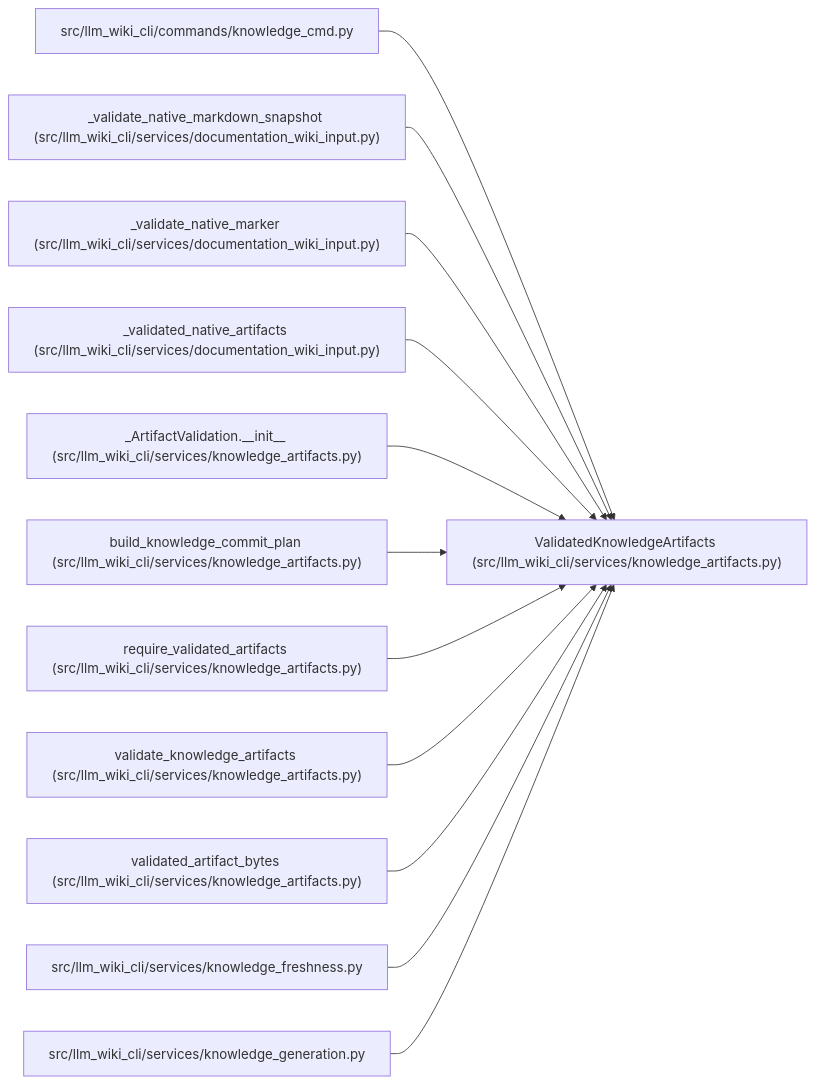
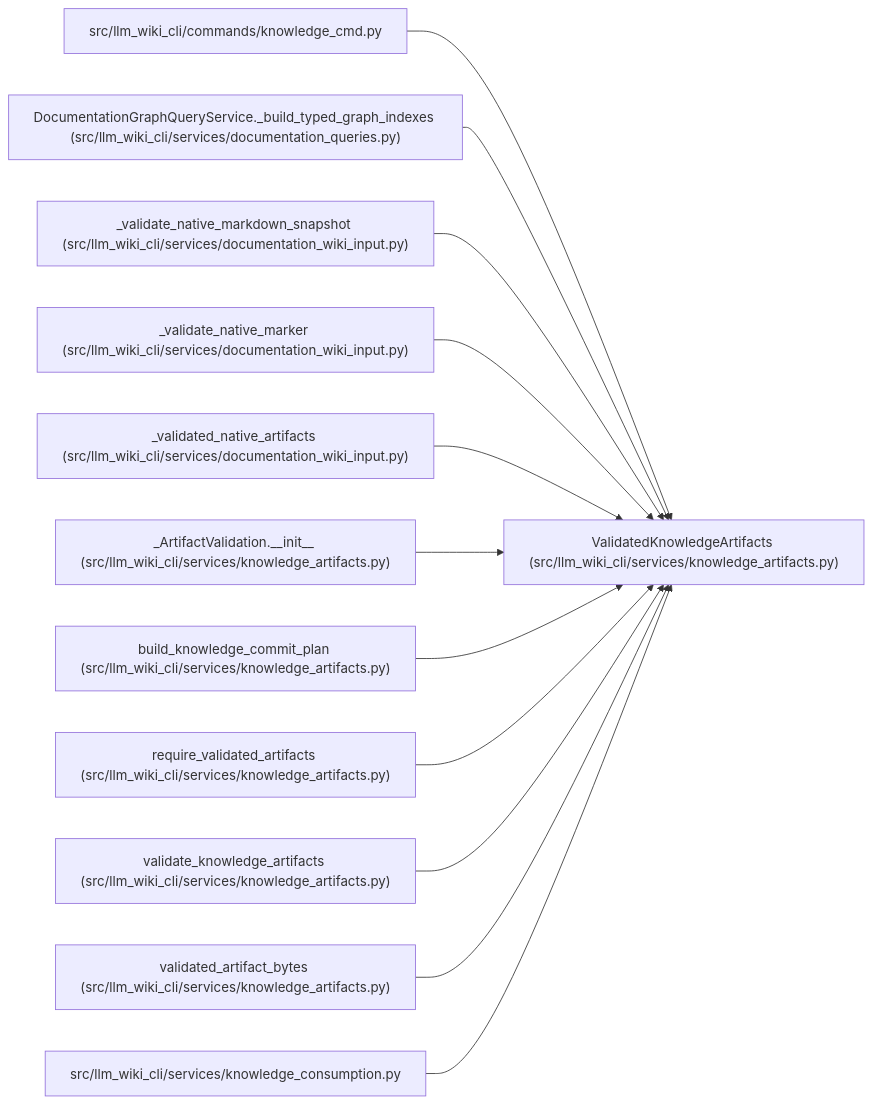
The diagram in docs/llm_wiki/entities/ValidatedKnowledgeArtifacts.md (Denissvgn/python-wiki-llm), drawn with Mermaid before and after one commit. The commit also changed other lines of this file and 363 other files, not shown here.

Commit message:
docs: refresh wiki for validated snapshot query reuse

````diff
--- a/docs/llm_wiki/entities/ValidatedKnowledgeArtifacts.md
+++ b/docs/llm_wiki/entities/ValidatedKnowledgeArtifacts.md
@@ -35,38 +36,38 @@
 ```mermaid
 flowchart LR
     n0["ValidatedKnowledgeArtifacts (src/llm_wiki_cli/services/knowledge_artifacts.py)"]
     n1["src/llm_wiki_cli/commands/knowledge_cmd.py"]
-    n2["_validate_native_markdown_snapshot (src/llm_wiki_cli/services/documentation_wiki_input.py)"]
-    n3["_validate_native_marker (src/llm_wiki_cli/services/documentation_wiki_input.py)"]
-    n4["_validated_native_artifacts (src/llm_wiki_cli/services/documentation_wiki_input.py)"]
-    n5["_ArtifactValidation.__init__ (src/llm_wiki_cli/services/knowledge_artifacts.py)"]
-    n6["build_knowledge_commit_plan (src/llm_wiki_cli/services/knowledge_artifacts.py)"]
-    n7["require_validated_artifacts (src/llm_wiki_cli/services/knowledge_artifacts.py)"]
-    n8["validate_knowledge_artifacts (src/llm_wiki_cli/services/knowledge_artifacts.py)"]
-    n9["validated_artifact_bytes (src/llm_wiki_cli/services/knowledge_artifacts.py)"]
-    n10["src/llm_wiki_cli/services/knowledge_freshness.py"]
-    n11["src/llm_wiki_cli/services/knowledge_generation.py"]
+    n2["DocumentationGraphQueryService._build_typed_graph_indexes (src/llm_wiki_cli/services/documentation_queries.py)"]
+    n3["_validate_native_markdown_snapshot (src/llm_wiki_cli/services/documentation_wiki_input.py)"]
+    n4["_validate_native_marker (src/llm_wiki_cli/services/documentation_wiki_input.py)"]
+    n5["_validated_native_artifacts (src/llm_wiki_cli/services/documentation_wiki_input.py)"]
+    n6["_ArtifactValidation.__init__ (src/llm_wiki_cli/services/knowledge_artifacts.py)"]
+    n7["build_knowledge_commit_plan (src/llm_wiki_cli/services/knowledge_artifacts.py)"]
+    n8["require_validated_artifacts (src/llm_wiki_cli/services/knowledge_artifacts.py)"]
+    n9["validate_knowledge_artifacts (src/llm_wiki_cli/services/knowledge_artifacts.py)"]
+    n10["validated_artifact_bytes (src/llm_wiki_cli/services/knowledge_artifacts.py)"]
+    n11["src/llm_wiki_cli/services/knowledge_consumption.py"]
     n1 --> n0
     n2 --> n0
     n3 --> n0
     n4 --> n0
     n5 --> n0
     n6 --> n0
     n7 --> n0
     n8 --> n0
     n9 --> n0
     n10 --> n0
     n11 --> n0
     click n0 "../modules/knowledge_artifacts.md"
     click n1 "../modules/knowledge_cmd.md"
-    click n2 "../modules/documentation_wiki_input.md"
+    click n2 "../modules/documentation_queries.md"
     click n3 "../modules/documentation_wiki_input.md"
     click n4 "../modules/documentation_wiki_input.md"
-    click n5 "../modules/knowledge_artifacts.md"
+    click n5 "../modules/documentation_wiki_input.md"
     click n6 "../modules/knowledge_artifacts.md"
     click n7 "../modules/knowledge_artifacts.md"
     click n8 "../modules/knowledge_artifacts.md"
     click n9 "../modules/knowledge_artifacts.md"
-    click n10 "../modules/knowledge_freshness.md"
-    click n11 "../modules/knowledge_generation.md"
+    click n10 "../modules/knowledge_artifacts.md"
+    click n11 "../modules/knowledge_consumption.md"
 ```
````
